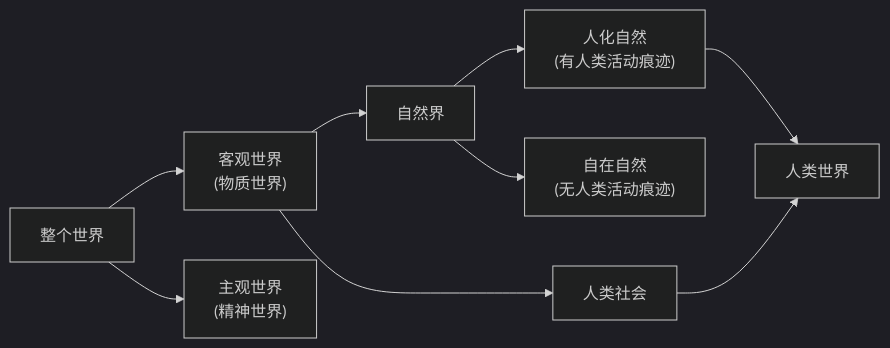
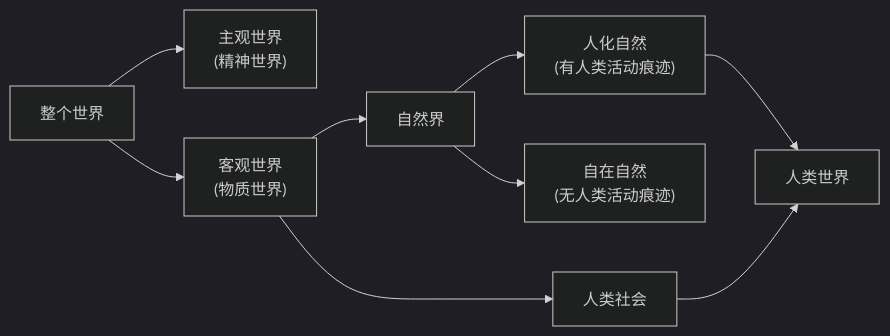
One commit to DuHaoyang626/national-postgraduate-entrance-exam-notes changed the diagram in 04政治/2027 考研政治马原讲义.md. Above: the diagram before and after it, drawn with Mermaid (dark theme).

Commit message:
Update from Sync Service

````diff
--- a/04政治/2027 考研政治马原讲义.md
+++ b/04政治/2027 考研政治马原讲义.md
@@ -300,17 +300,18 @@
 ```mermaid
 graph LR
+
+    A --> C["主观世界
+(精神世界)"]
     A["整个世界"] --> B["客观世界
 (物质世界)"]
-    A --> C["主观世界
-(精神世界)"]
     B --> D["自然界"]
     B --> E["人类社会"]
     D --> F["自在自然
 (无人类活动痕迹)"]
     D --> G["人化自然
 (有人类活动痕迹)"]
     G --> H["人类世界"]
     E --> H
     
 
 ```
````
